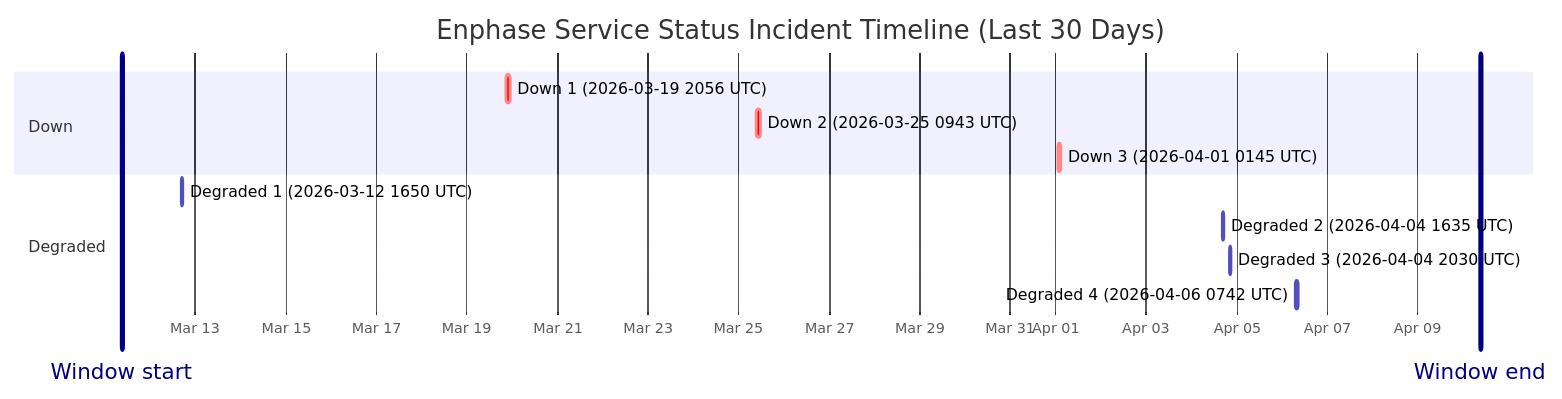
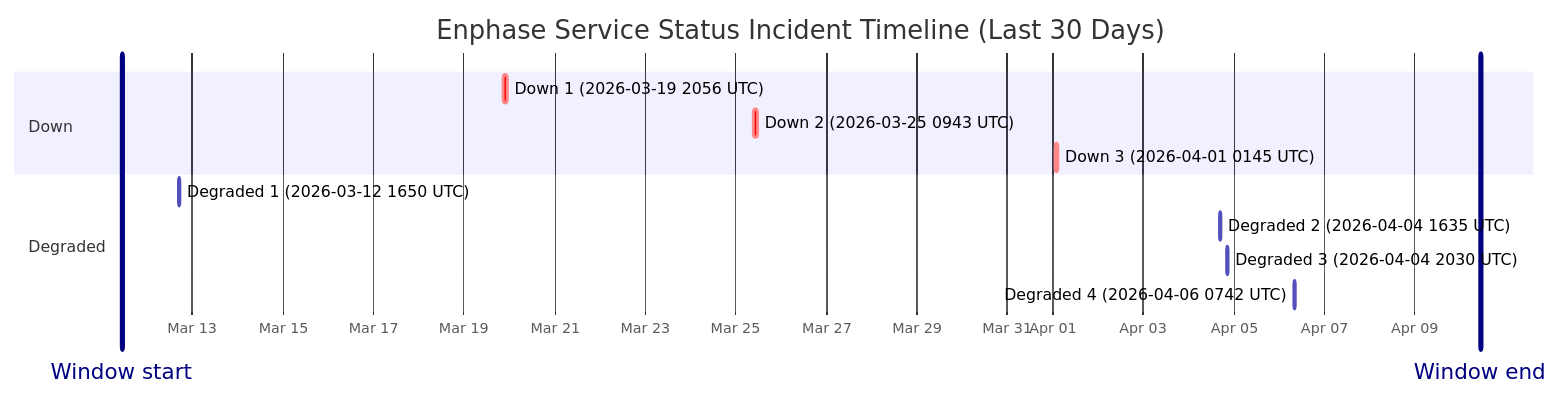
The diagram in wiki/Service-Status-History.md (barneyonline/ha-enphase-ev-charger), drawn with Mermaid before and after one commit. The commit also changed other lines of this file and 3 other files, not shown here.

````diff
--- a/wiki/Service-Status-History.md
+++ b/wiki/Service-Status-History.md
@@ -14,17 +14,17 @@
 ```mermaid
 gantt
     title Enphase Service Status Incident Timeline (Last 30 Days)
     dateFormat  YYYY-MM-DDTHH:mm:ss
     axisFormat  %b %d
-    Window start :vert, window-start, 2026-03-11T09:08:06, 0ms
-    Window end :vert, window-end, 2026-04-10T09:08:06, 0ms
+    Window start :vert, window-start, 2026-03-11T10:33:00, 0ms
+    Window end :vert, window-end, 2026-04-10T10:33:00, 0ms
     section Down
     Down 1 (2026-03-19 2056 UTC) :crit, down-1, 2026-03-19T20:56:20, 145m
     Down 2 (2026-03-25 0943 UTC) :crit, down-2, 2026-03-25T09:43:28, 111m
     Down 3 (2026-04-01 0145 UTC) :crit, down-3, 2026-04-01T01:45:09, 60m
     section Degraded
     Degraded 1 (2026-03-12 1650 UTC) :active, degraded-1, 2026-03-12T16:50:43, 60m
     Degraded 2 (2026-04-04 1635 UTC) :active, degraded-2, 2026-04-04T16:35:17, 60m
     Degraded 3 (2026-04-04 2030 UTC) :active, degraded-3, 2026-04-04T20:30:40, 60m
     Degraded 4 (2026-04-06 0742 UTC) :active, degraded-4, 2026-04-06T07:42:09, 85m
 ```
````
